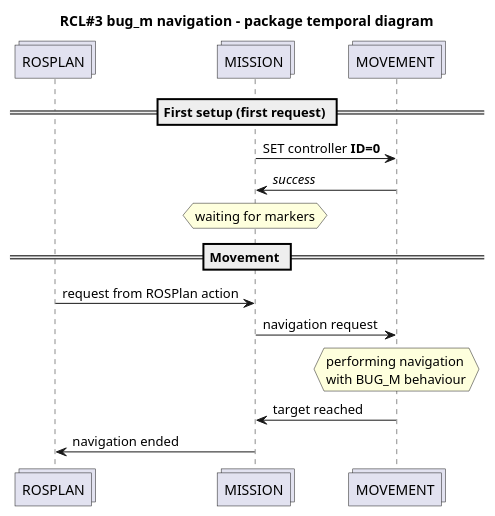
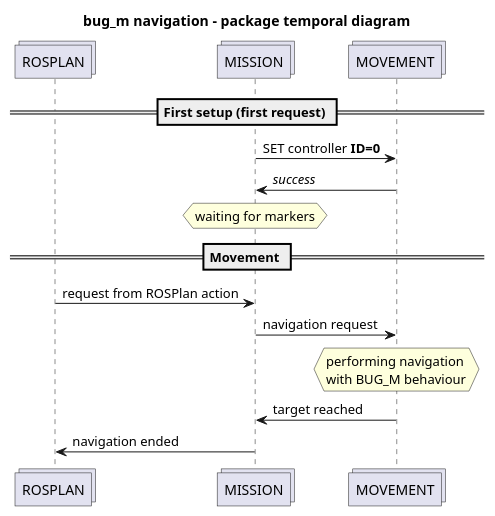
One commit to programmatoroSeduto/ExperimentalRoboticsLab-Assignment-3 changed the fifth of 10 diagrams in README.md. Above: the diagram before and after it, drawn with PlantUML. The commit also changed other lines of this file and 103 other files, not shown here.

Commit message:
documentation (landmarks execution diagram)

````diff
--- a/README.md
+++ b/README.md
@@ -418,32 +427,32 @@
 ```{uml}
 @startuml
 
-title RCL#3 bug_m navigation - package temporal diagram
+title bug_m navigation - package temporal diagram
 
 ''' ENTITIES 
 collections ROSPLAN
 collections MISSION
 collections MOVEMENT
 
 ''' SEQUENCE
 ' == section ==
 ' ...
 == First setup (first request) ==
 
 MISSION -> MOVEMENT : SET controller <b>ID=0</b>
 MISSION <- MOVEMENT : <i>success</i>
 hnote over MISSION: waiting for markers
 
 == Movement ==
 
 ROSPLAN -> MISSION : request from ROSPlan action
 MISSION -> MOVEMENT : navigation request
 hnote over MOVEMENT 
 performing navigation 
 with BUG_M behaviour
 end hnote
 MISSION <- MOVEMENT : target reached
 ROSPLAN <- MISSION : navigation ended
 
 @enduml
 ```
````
